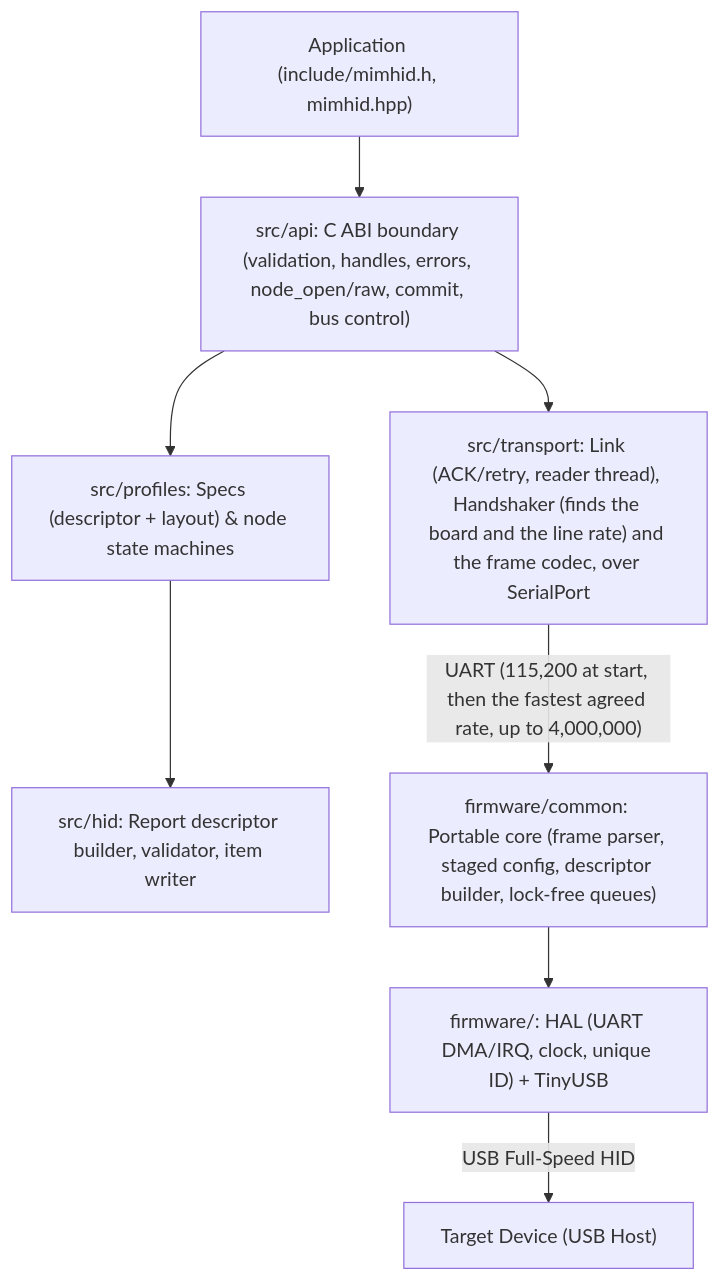
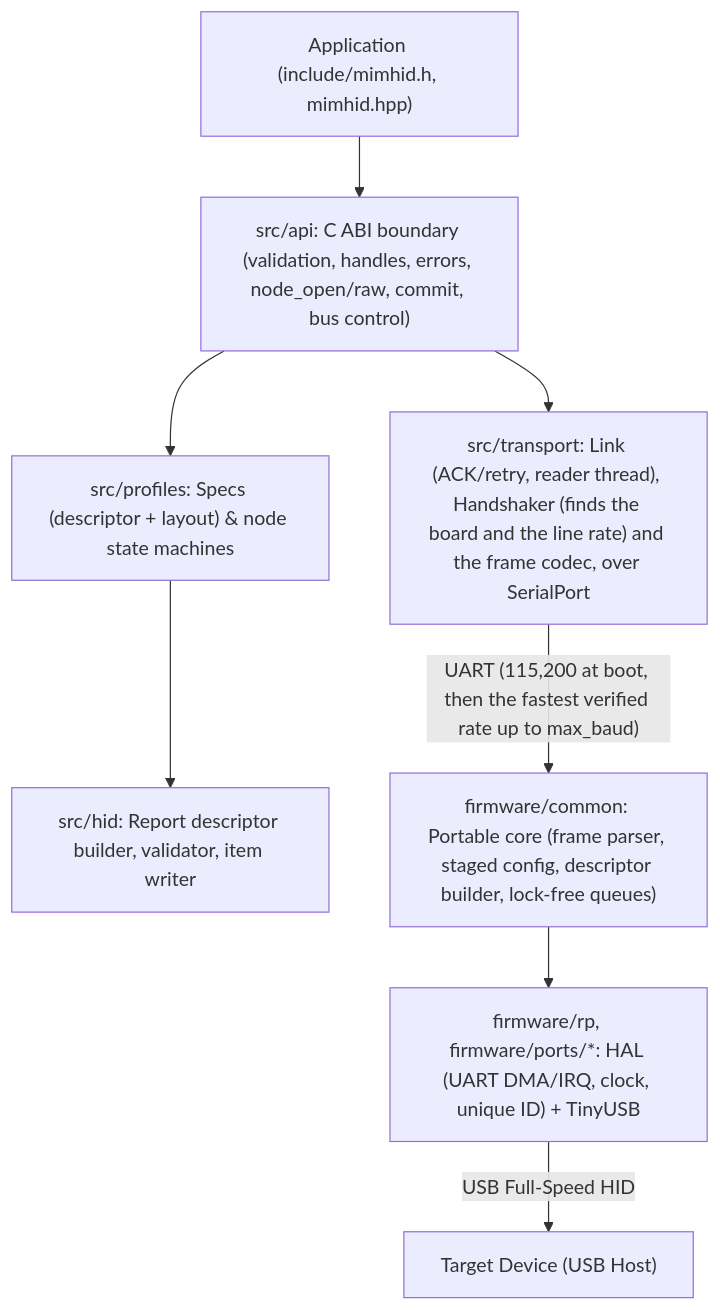
The first of 2 diagrams in docs/ARCHITECTURE.md (nemarpuc/libmimhid), drawn with Mermaid before and after one commit. The commit also changed other lines of this file and 3 other files, not shown here.

````diff
--- a/docs/ARCHITECTURE.md
+++ b/docs/ARCHITECTURE.md
@@ -18,19 +18,19 @@
 ```mermaid
 flowchart TD
     App["Application (include/mimhid.h, mimhid.hpp)"]
     API["src/api: C ABI boundary (validation, handles, errors, node_open/raw, commit, bus control)"]
     Prof["src/profiles: Specs (descriptor + layout) & node state machines"]
     HID["src/hid: Report descriptor builder, validator, item writer"]
     Trans["src/transport: Link (ACK/retry, reader thread), Handshaker (finds the board and the line rate) and the frame codec, over SerialPort"]
     FWCore["firmware/common: Portable core (frame parser, staged config, descriptor builder, lock-free queues)"]
-    HAL["firmware/<port>: HAL (UART DMA/IRQ, clock, unique ID) + TinyUSB"]
+    HAL["firmware/rp, firmware/ports/*: HAL (UART DMA/IRQ, clock, unique ID) + TinyUSB"]
     Target["Target Device (USB Host)"]
 
     App --> API
     API --> Prof
     Prof --> HID
     API --> Trans
-    Trans -->|"UART (115,200 at start, then the fastest agreed rate, up to 4,000,000)"| FWCore
+    Trans -->|"UART (115,200 at boot, then the fastest verified rate up to max_baud)"| FWCore
     FWCore --> HAL
     HAL -->|"USB Full-Speed HID"| Target
 ```
````
